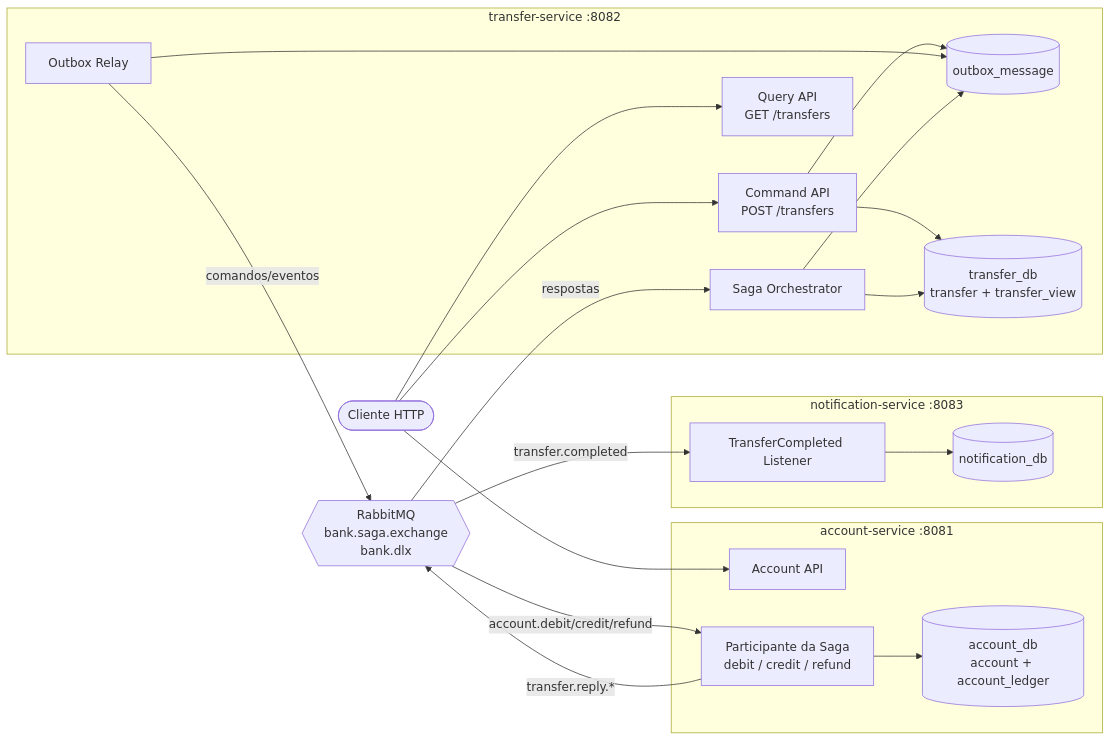
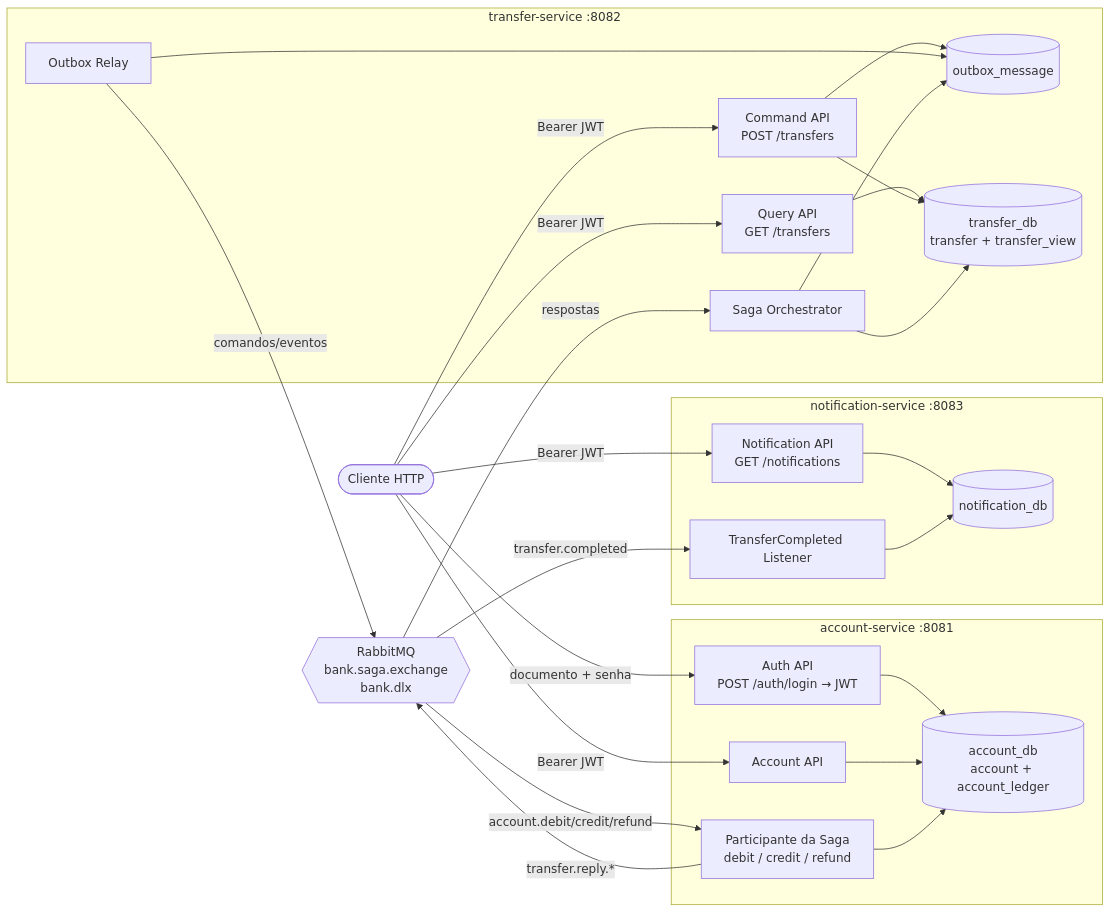
Before and after one commit to JairAssisDev/projectbank: the first of 7 diagrams in docs/architecture.md, drawn with Mermaid. The commit also changed other lines of this file, not shown here.

First line of the commit message:
docs(architecture): login JWT, regras de acesso e camadas do codigo

````diff
--- a/docs/architecture.md
+++ b/docs/architecture.md
@@ -5,40 +5,47 @@
 ```mermaid
 flowchart LR
     client([Cliente HTTP])
 
     subgraph transfer[transfer-service :8082]
         cmd[Command API<br/>POST /transfers]
         qry[Query API<br/>GET /transfers]
         orch[Saga Orchestrator]
         outbox[(outbox_message)]
         relay[Outbox Relay]
         tdb[(transfer_db<br/>transfer + transfer_view)]
     end
 
     subgraph account[account-service :8081]
+        auth[Auth API<br/>POST /auth/login → JWT]
         acc[Account API]
         part[Participante da Saga<br/>debit / credit / refund]
         adb[(account_db<br/>account + account_ledger)]
     end
 
     subgraph notification[notification-service :8083]
+        napi[Notification API<br/>GET /notifications]
         notif[TransferCompleted Listener]
         ndb[(notification_db)]
     end
 
     mq{{RabbitMQ<br/>bank.saga.exchange<br/>bank.dlx}}
 
-    client --> cmd & qry & acc
+    client -- documento + senha --> auth
+    auth --> adb
+    client -- Bearer JWT --> cmd & qry & acc & napi
+    acc --> adb
+    qry --> tdb
+    napi --> ndb
     cmd --> tdb
     cmd --> outbox
     relay --> outbox
     relay -- comandos/eventos --> mq
     mq -- account.debit/credit/refund --> part
     part --> adb
     part -- transfer.reply.* --> mq
     mq -- respostas --> orch
     orch --> tdb
     orch --> outbox
     mq -- transfer.completed --> notif
     notif --> ndb
 ```
````
